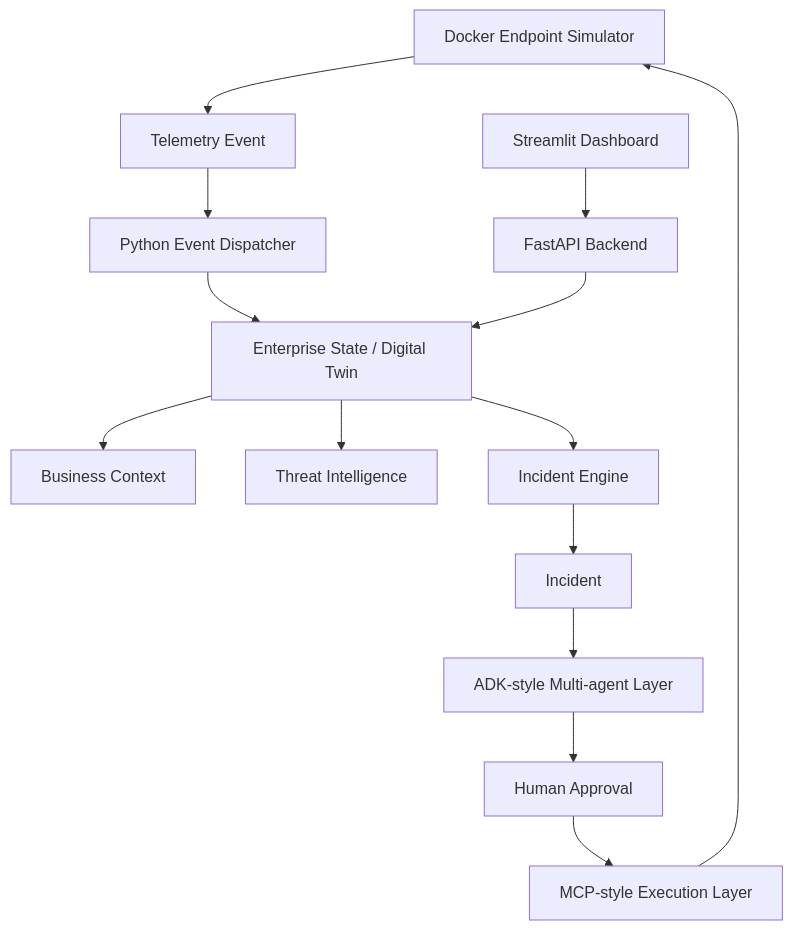
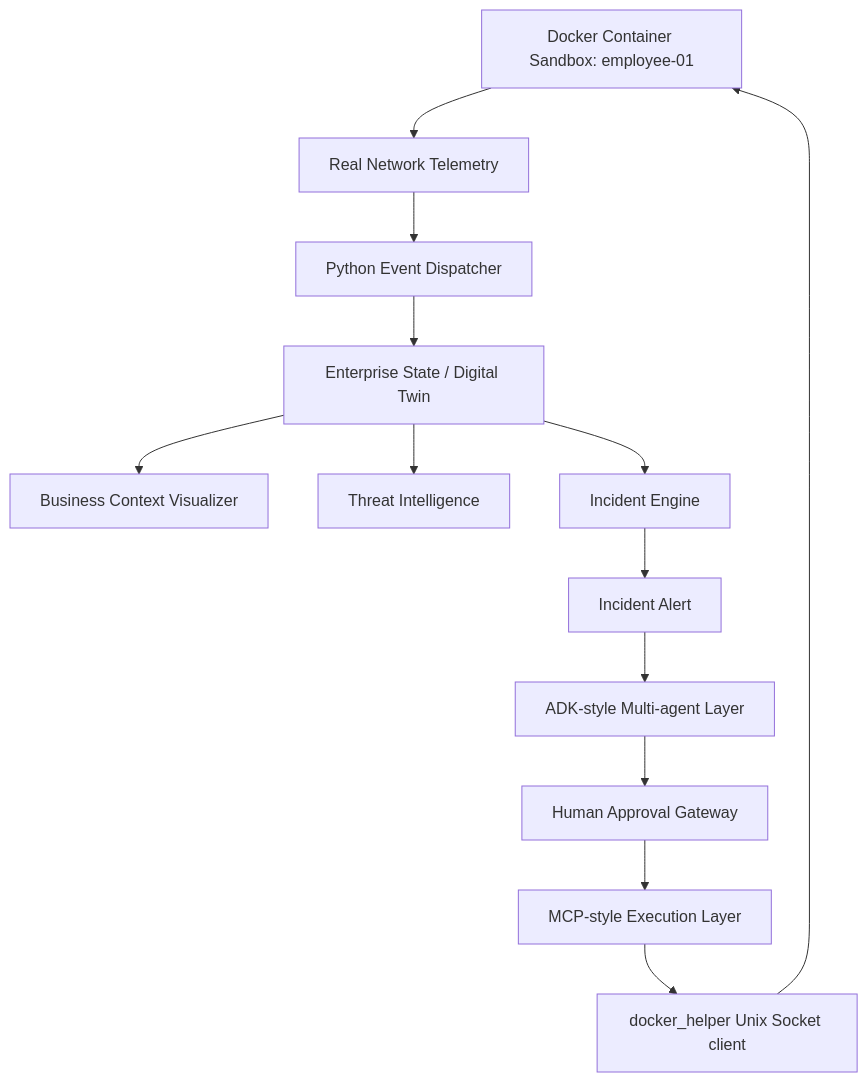
The diagram in README.md (datdonnynguyen/NetGuardian), drawn with Mermaid before and after one commit. The commit also changed other lines of this file and 1 other file, not shown here.

Commit message:
docs: update README with full feature specs and fix dashboard SVG logo

````diff
--- a/README.md
+++ b/README.md
@@ -19,16 +28,15 @@
 ```mermaid
 flowchart TD
-    Endpoint[Docker Endpoint Simulator] --> Event[Telemetry Event]
+    Endpoint[Docker Container Sandbox: employee-01] --> Event[Real Network Telemetry]
     Event --> Bus[Python Event Dispatcher]
     Bus --> State[Enterprise State / Digital Twin]
-    State --> Context[Business Context]
+    State --> Context[Business Context Visualizer]
     State --> Intel[Threat Intelligence]
     State --> Engine[Incident Engine]
-    Engine --> Incident[Incident]
+    Engine --> Incident[Incident Alert]
     Incident --> Agents[ADK-style Multi-agent Layer]
-    Agents --> Approval[Human Approval]
+    Agents --> Approval[Human Approval Gateway]
     Approval --> MCP[MCP-style Execution Layer]
-    MCP --> Endpoint
-    Dashboard[Streamlit Dashboard] --> API[FastAPI Backend]
-    API --> State
+    MCP --> DockerHelper[docker_helper Unix Socket client]
+    DockerHelper --> Endpoint
 ```
````
